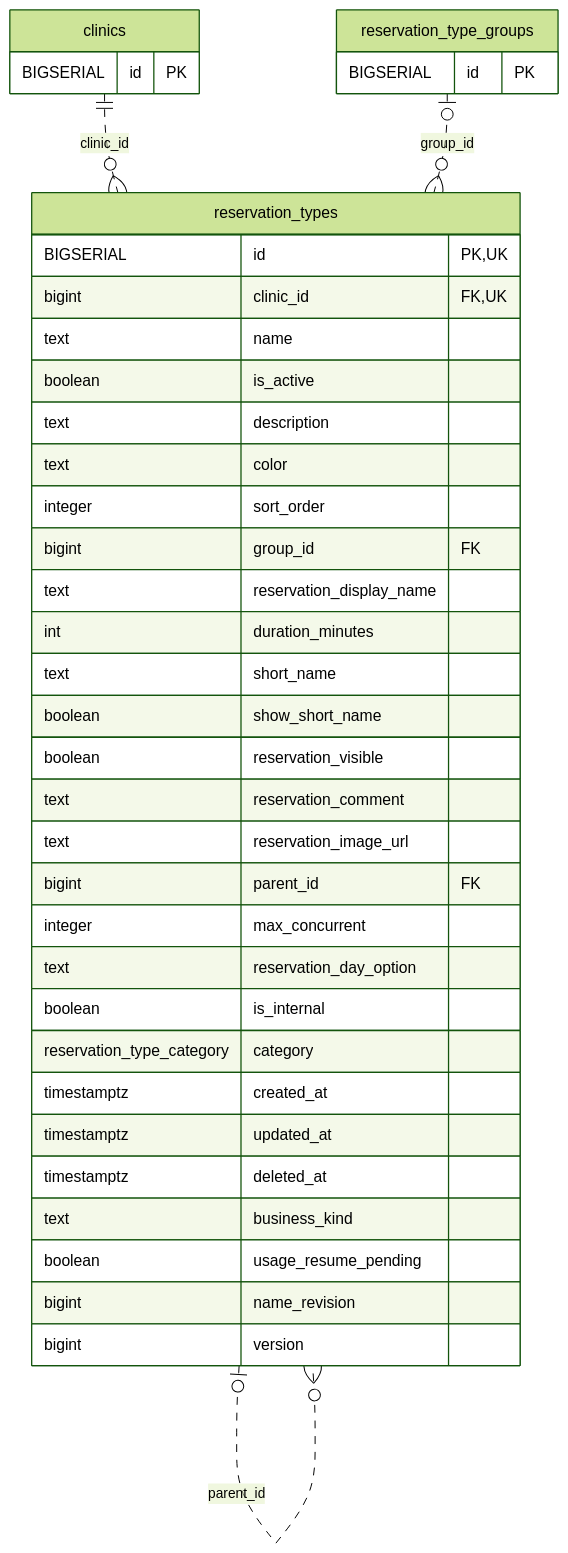
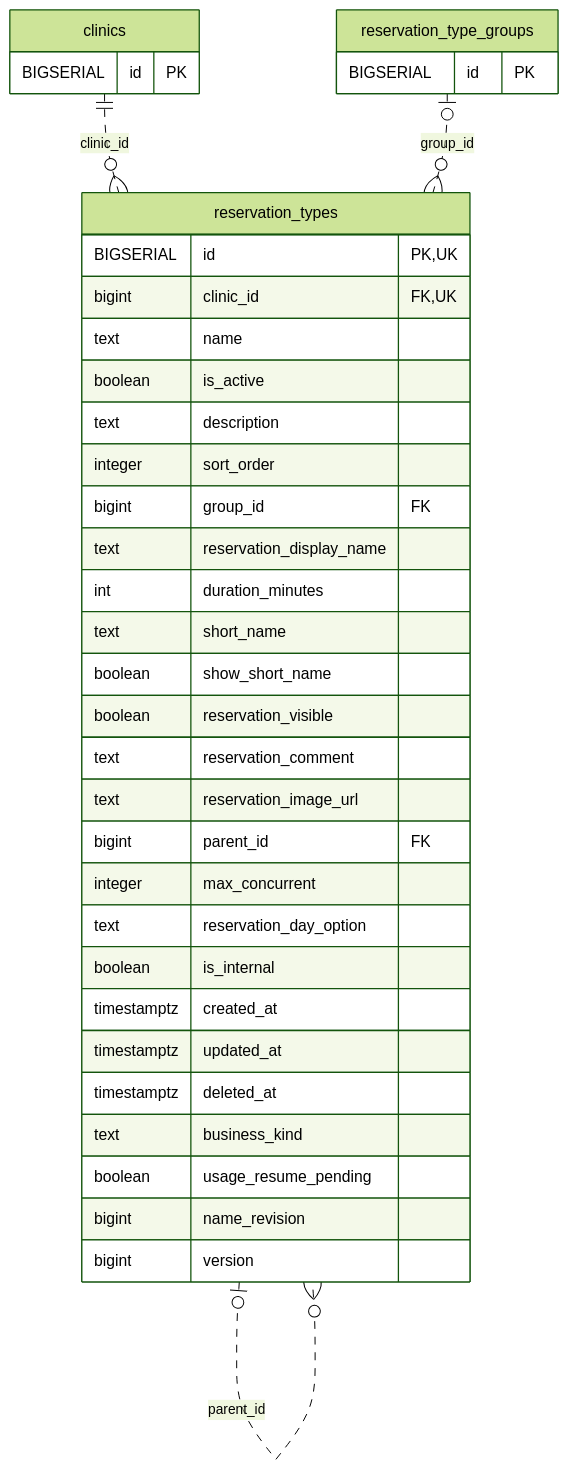
The diagram in docs/architecture/erd-detail/reservation_types.md (MinoruSoga/AnimalEkarte), drawn with Mermaid (forest theme) before and after one commit. The commit also changed other lines of this file and 147 other files, not shown here.

````diff
--- a/docs/architecture/erd-detail/reservation_types.md
+++ b/docs/architecture/erd-detail/reservation_types.md
@@ -50,41 +48,39 @@
 ```mermaid
 erDiagram
     reservation_types {
         BIGSERIAL id PK,UK
         bigint clinic_id FK,UK
         text name
         boolean is_active
         text description
-        text color
         integer sort_order
         bigint group_id FK
         text reservation_display_name
         int duration_minutes
         text short_name
         boolean show_short_name
         boolean reservation_visible
         text reservation_comment
         text reservation_image_url
         bigint parent_id FK
         integer max_concurrent
         text reservation_day_option
         boolean is_internal
-        reservation_type_category category
         timestamptz created_at
         timestamptz updated_at
         timestamptz deleted_at
         text business_kind
         boolean usage_resume_pending
         bigint name_revision
         bigint version
     }
     clinics {
         BIGSERIAL id PK
     }
     reservation_type_groups {
         BIGSERIAL id PK
     }
     clinics ||..o{ reservation_types : "clinic_id"
     reservation_type_groups o|..o{ reservation_types : "group_id"
     reservation_types o|..o{ reservation_types : "parent_id"
 ```
````
